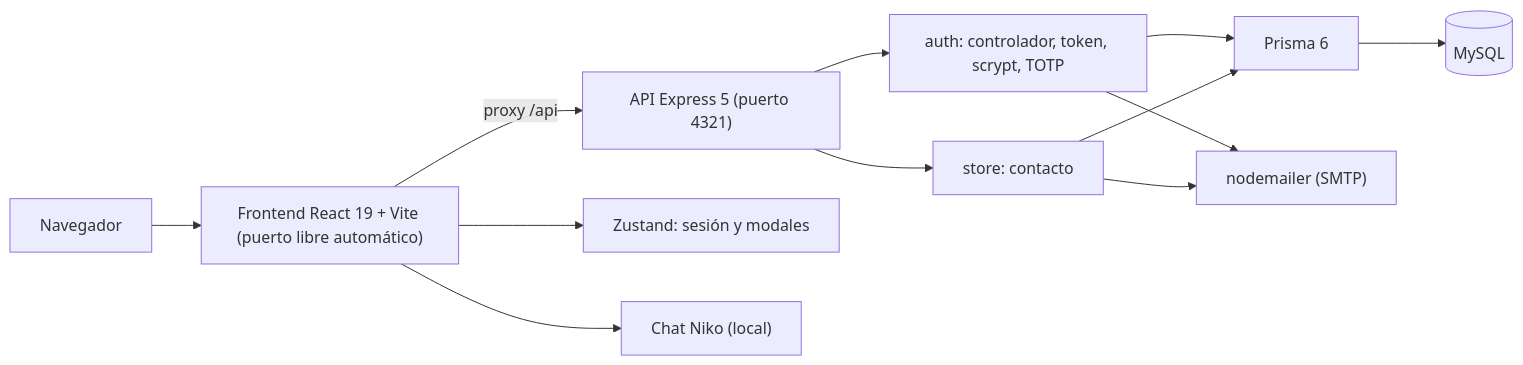
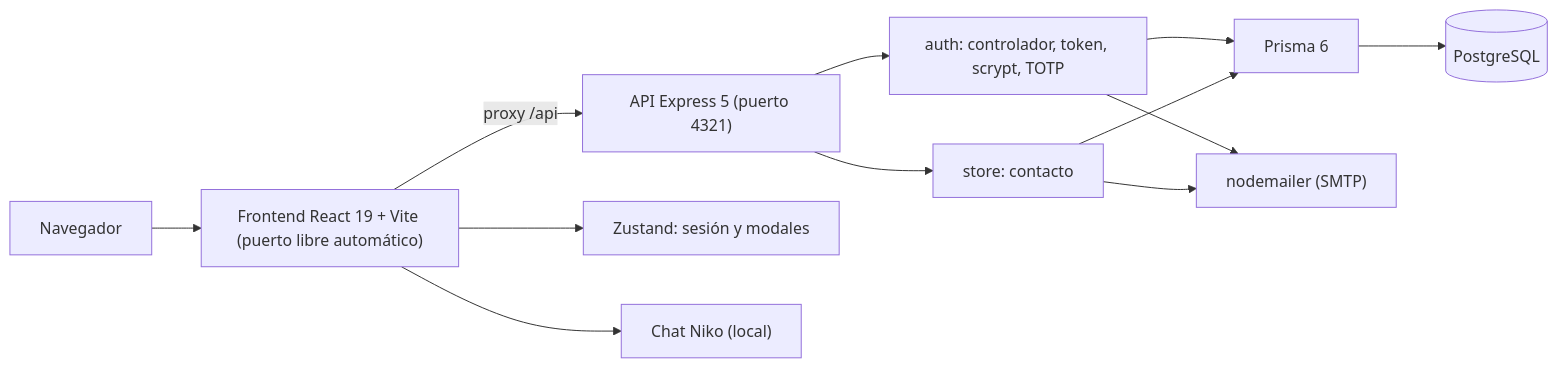
The first of 2 diagrams in README.md (Luiss2080/HagamosTech), drawn with Mermaid before and after one commit. The commit also changed other lines of this file and 2 other files, not shown here.

Commit message:
docs: actualizar arranque local a PostgreSQL

````diff
--- a/README.md
+++ b/README.md
@@ -55,14 +55,14 @@
 ```mermaid
 flowchart LR
     U["Navegador"] --> F["Frontend React 19 + Vite (puerto libre automático)"]
     F -->|"proxy /api"| B["API Express 5 (puerto 4321)"]
     F --> S["Zustand: sesión y modales"]
     F --> C["Chat Niko (local)"]
     B --> A["auth: controlador, token, scrypt, TOTP"]
     B --> K["store: contacto"]
     A --> P["Prisma 6"]
     K --> P
-    P --> D[("MySQL")]
+    P --> D[("PostgreSQL")]
     A --> M["nodemailer (SMTP)"]
     K --> M
 ```
````
